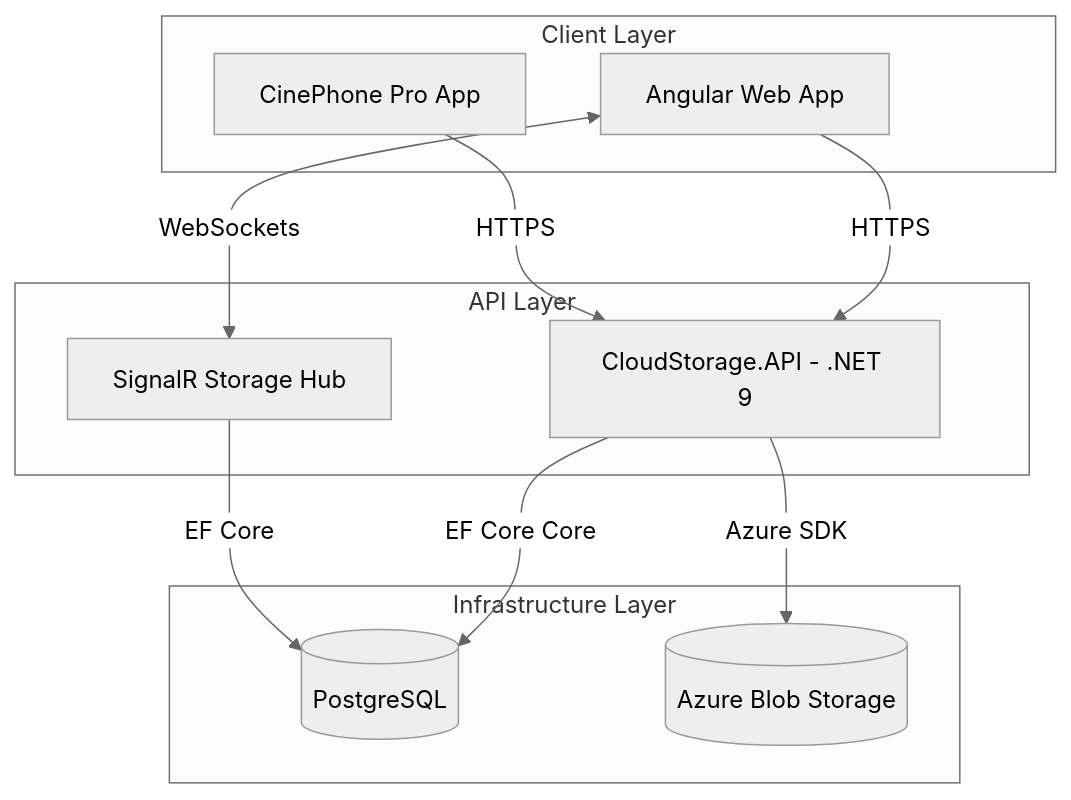
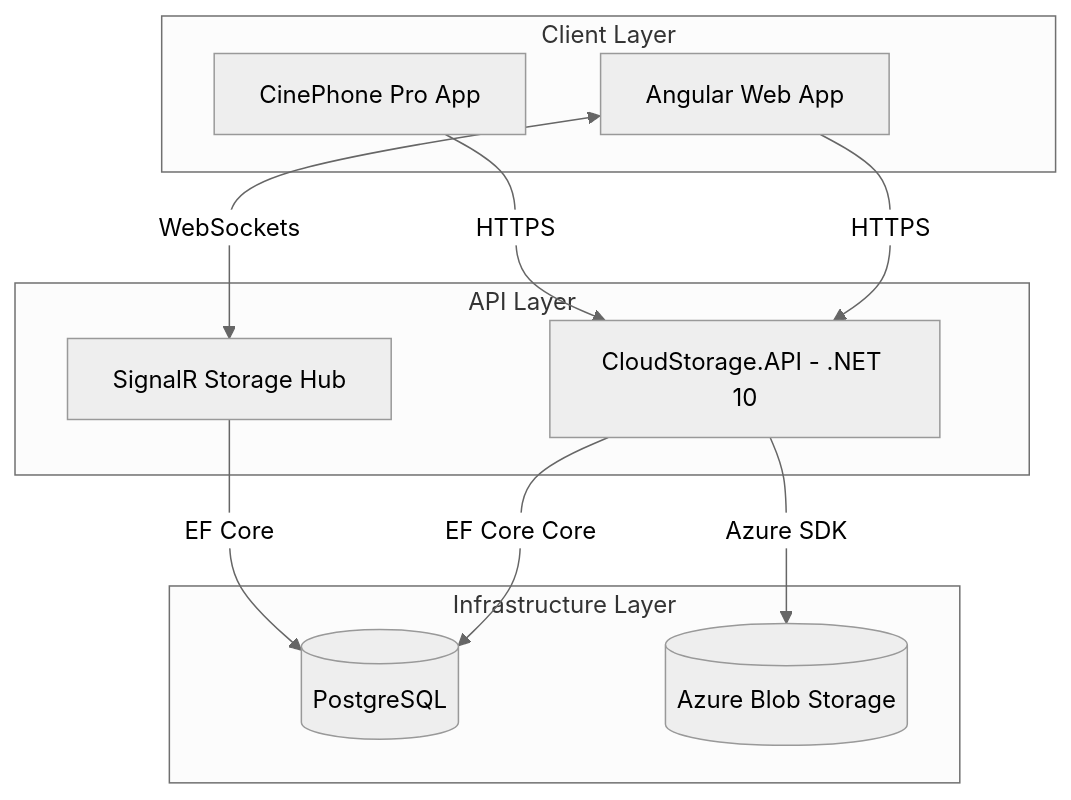
The first of 5 diagrams in docs/SYSTEM_DIAGRAMS.md (JaiminVadadoriya/Distributed-Cloud-Storage---Sync-Platform), drawn with Mermaid (neutral theme) before and after one commit. The commit also changed other lines of this file and 18 other files, not shown here.

````diff
--- a/docs/SYSTEM_DIAGRAMS.md
+++ b/docs/SYSTEM_DIAGRAMS.md
@@ -9,25 +9,25 @@
 ```mermaid
 graph TD
     subgraph Client Layer
         Web[Angular Web App]
         Mobile[CinePhone Pro App]
     end
 
     subgraph API Layer
-        API[CloudStorage.API - .NET 9]
+        API[CloudStorage.API - .NET 10]
         Hub[SignalR Storage Hub]
     end
 
     subgraph Infrastructure Layer
         DB[(PostgreSQL)]
         BlobStorage[(Azure Blob Storage)]
     end
 
     Web -->|HTTPS| API
     Web <-->|WebSockets| Hub
     Mobile -->|HTTPS| API
 
     API -->|EF Core Core| DB
     API -->|Azure SDK| BlobStorage
     Hub -->|EF Core| DB
 ```
````
